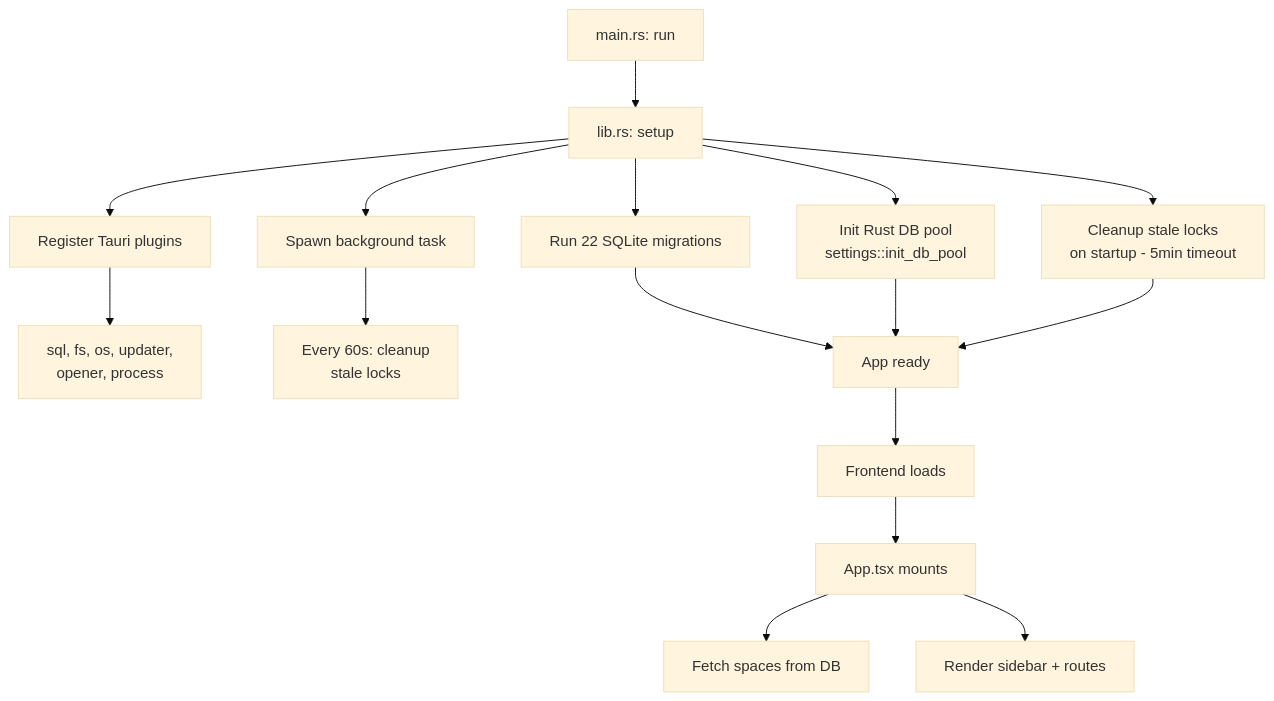
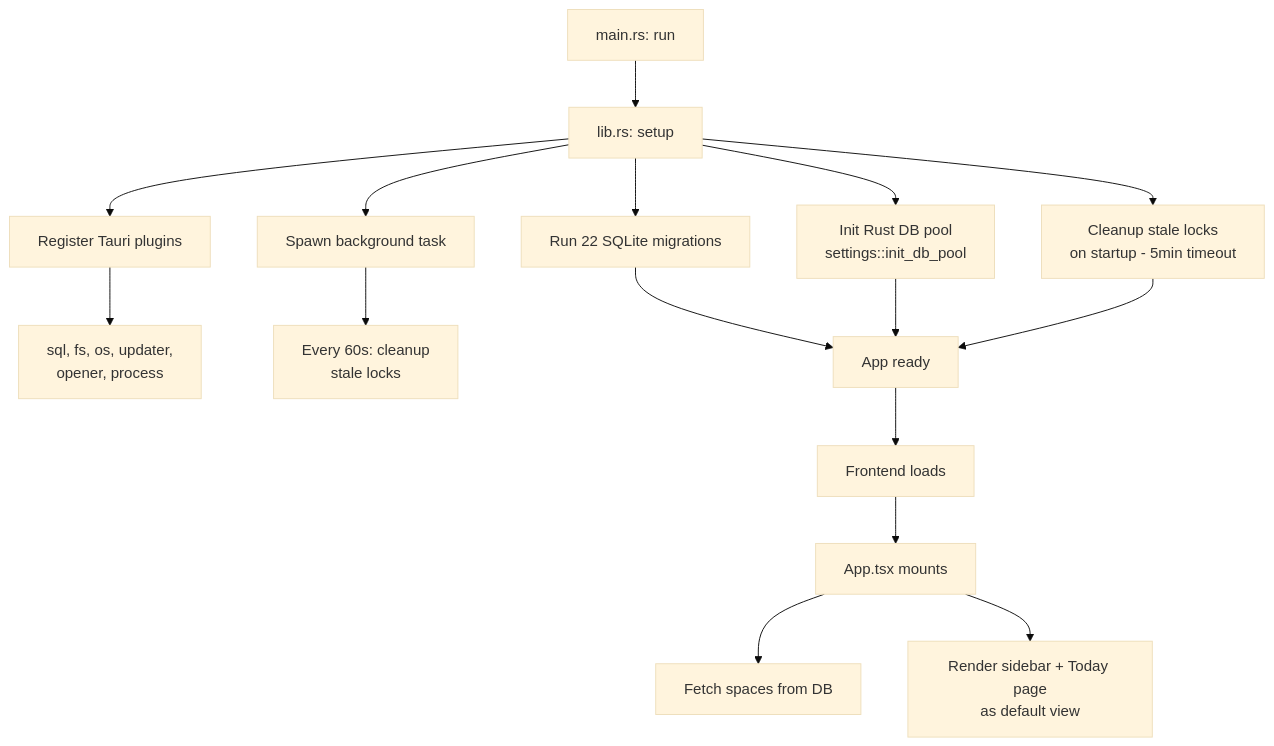
Before and after one commit to orcas-app/orcas-desktop: the fourth of 5 diagrams in CLAUDE.md, drawn with Mermaid (base theme). The commit also changed other lines of this file and 1 other file, not shown here.

````diff
--- a/CLAUDE.md
+++ b/CLAUDE.md
@@ -191,18 +192,18 @@
 ```mermaid
 flowchart TD
     A[main.rs: run] --> B[lib.rs: setup]
     B --> C[Register Tauri plugins]
     C --> C1[sql, fs, os, updater,\nopener, process]
     B --> D[Run 22 SQLite migrations]
     B --> E[Init Rust DB pool\nsettings::init_db_pool]
     B --> F[Cleanup stale locks\non startup - 5min timeout]
     B --> G[Spawn background task]
     G --> H[Every 60s: cleanup\nstale locks]
     D --> I[App ready]
     E --> I
     F --> I
     I --> J[Frontend loads]
     J --> K[App.tsx mounts]
     K --> L[Fetch spaces from DB]
-    K --> M[Render sidebar + routes]
+    K --> M[Render sidebar + Today page\nas default view]
 ```
````
